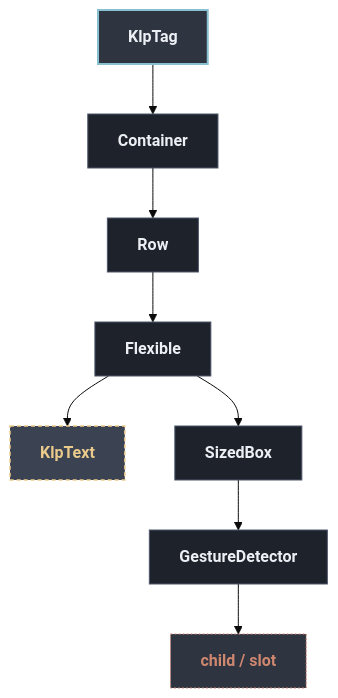
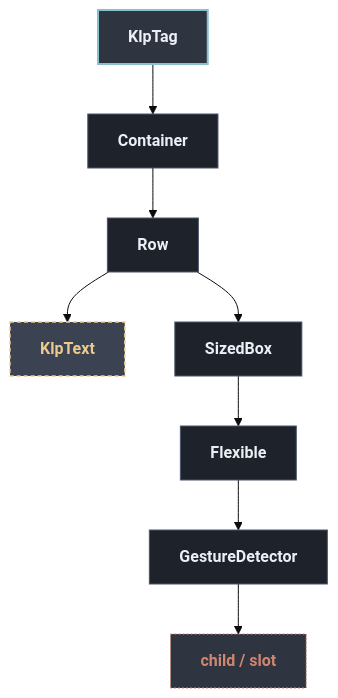
The diagram in docs/architecture/components/data/klp_tag.md (MiuDog/Kallopis), drawn with Mermaid (base theme) before and after one commit. The commit also changed other lines of this file and 123 other files, not shown here.

First line of the commit message:
docs(architecture): regenerate per-component trees, unbreak the generator

````diff
--- a/docs/architecture/components/data/klp_tag.md
+++ b/docs/architecture/components/data/klp_tag.md
@@ -13,24 +13,24 @@
 ```mermaid
 flowchart TD
   classDef default fill:#1E222B,stroke:#4C566A,stroke-width:1px,color:#ECEFF4;
   classDef root fill:#2E3440,stroke:#88C0D0,stroke-width:2px,color:#ECEFF4,font-weight:bold;
   classDef reference fill:#3B4252,stroke:#EBCB8B,stroke-width:1.5px,stroke-dasharray: 4 3,color:#EBCB8B;
   classDef container fill:#2E3440,stroke:#A3BE8C,stroke-width:1.5px,color:#A3BE8C;
   classDef slot fill:#2E3440,stroke:#D08770,stroke-width:1px,stroke-dasharray: 2 2,color:#D08770;
 
   root["KlpTag"]:::root
   n1["Container"]
   root --> n1
   n2["Row"]
   n1 --> n2
-  n3["Flexible"]
+  n3["KlpText"]:::reference
   n2 --> n3
-  n4["KlpText"]:::reference
-  n3 --> n4
-  n5["SizedBox"]
-  n3 --> n5
+  n4["SizedBox"]
+  n2 --> n4
+  n5["Flexible"]
+  n4 --> n5
   n6["GestureDetector"]
   n5 --> n6
   n7["child / slot"]:::slot
   n6 --> n7
 ```
````
